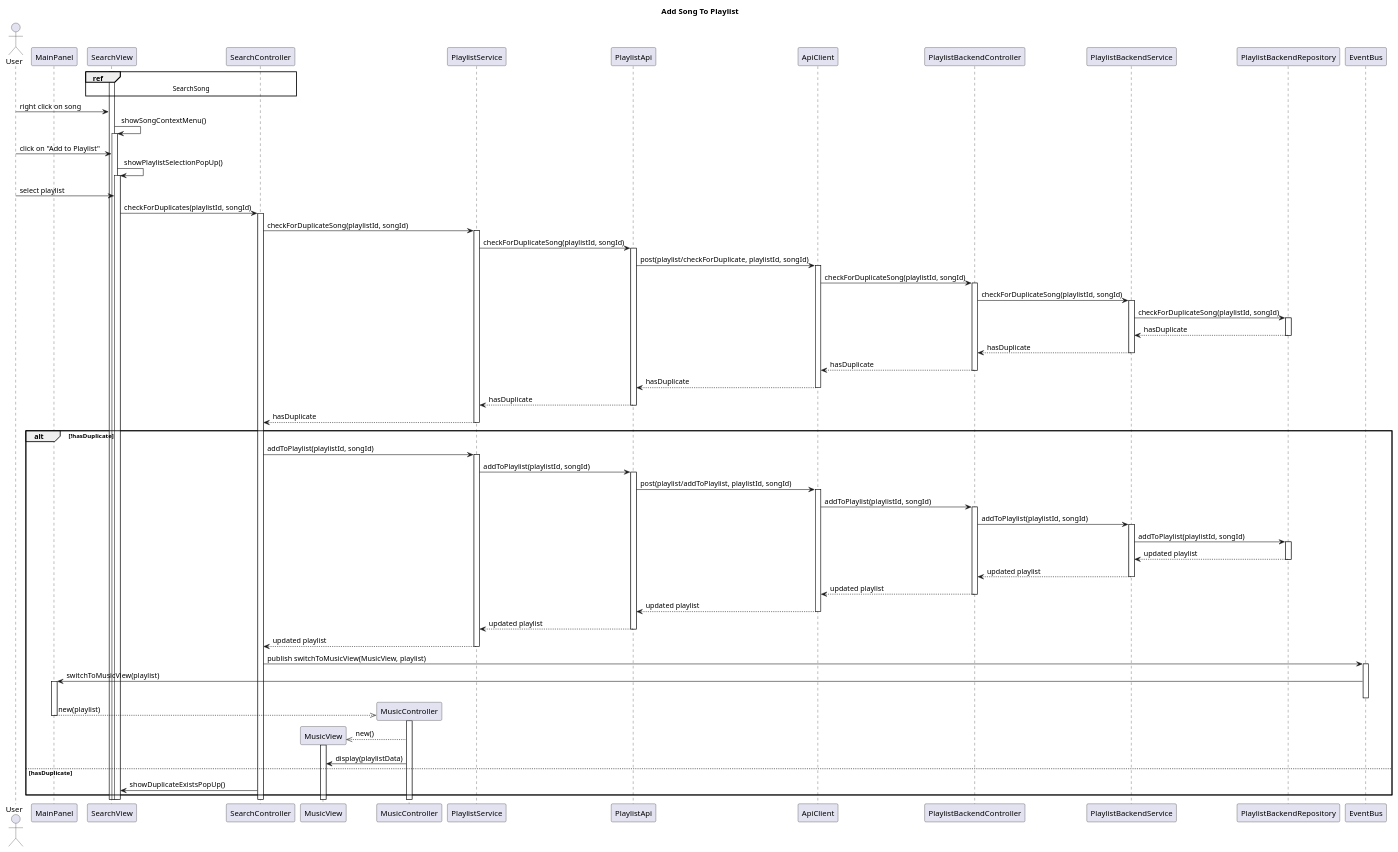
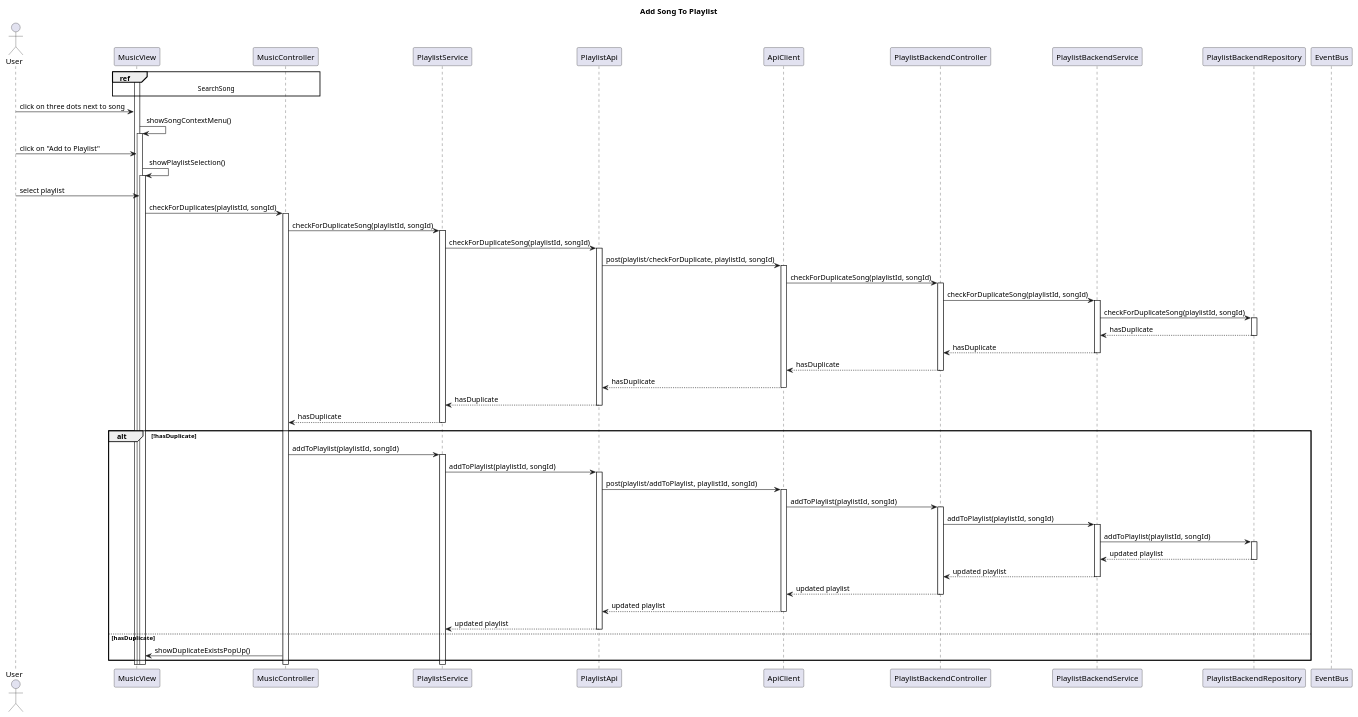
The diagram in Paradoteo_4/SequenceDiagrams-v0.3/AddSongToPlaylist.puml (RubenKingCP/Tunix), drawn with PlantUML before and after one commit. The commit also changed 2 other files, not shown here.

Commit message:
Minor changes to sequence diagrams

```diff
--- a/Paradoteo_4/SequenceDiagrams-v0.3/AddSongToPlaylist.puml
+++ b/Paradoteo_4/SequenceDiagrams-v0.3/AddSongToPlaylist.puml
@@ -1,104 +1,88 @@
 @startuml AddSongToPlaylist
 
 title Add Song To Playlist
 
 actor User
 
-participant MainPanel
-participant SearchView
-participant SearchController
+participant MusicView
+participant MusicController
 participant MusicView
 participant MusicController
 participant PlaylistService
 participant PlaylistApi
 participant ApiClient
 participant PlaylistBackendController
 participant PlaylistBackendService
 participant PlaylistBackendRepository
 
 
 participant EventBus
 
-ref over SearchView, SearchController
+ref over MusicView, MusicController
 SearchSong
 end ref
-activate SearchView
-User -> SearchView : right click on song
-SearchView -> SearchView : showSongContextMenu()
-activate SearchView
-User -> SearchView : click on "Add to Playlist"
-SearchView -> SearchView : showPlaylistSelectionPopUp()
-activate SearchView
-User -> SearchView : select playlist
-SearchView -> SearchController : checkForDuplicates(playlistId, songId)
-activate SearchController
-SearchController -> PlaylistService : checkForDuplicateSong(playlistId, songId)
+activate MusicView
+User -> MusicView : click on three dots next to song
+MusicView -> MusicView : showSongContextMenu()
+activate MusicView
+User -> MusicView : click on "Add to Playlist"
+MusicView -> MusicView : showPlaylistSelection()
+activate MusicView
+User -> MusicView : select playlist
+MusicView -> MusicController : checkForDuplicates(playlistId, songId)
+activate MusicController
+MusicController -> PlaylistService : checkForDuplicateSong(playlistId, songId)
 activate PlaylistService
 PlaylistService -> PlaylistApi : checkForDuplicateSong(playlistId, songId)
 activate PlaylistApi
 PlaylistApi -> ApiClient : post(playlist/checkForDuplicate, playlistId, songId)
 'will need to find an alternative to send both ids with one argument
 activate ApiClient
 ApiClient -> PlaylistBackendController : checkForDuplicateSong(playlistId, songId)
 activate PlaylistBackendController
 PlaylistBackendController -> PlaylistBackendService : checkForDuplicateSong(playlistId, songId)
 activate PlaylistBackendService
 PlaylistBackendService -> PlaylistBackendRepository : checkForDuplicateSong(playlistId, songId)
 activate PlaylistBackendRepository
 PlaylistBackendRepository --> PlaylistBackendService : hasDuplicate
 deactivate PlaylistBackendRepository
 PlaylistBackendService --> PlaylistBackendController : hasDuplicate
 deactivate PlaylistBackendService
 PlaylistBackendController --> ApiClient : hasDuplicate
 deactivate PlaylistBackendController
 ApiClient --> PlaylistApi : hasDuplicate
 deactivate ApiClient
 PlaylistApi --> PlaylistService : hasDuplicate
 deactivate PlaylistApi
-PlaylistService --> SearchController : hasDuplicate
+PlaylistService --> MusicController : hasDuplicate
 deactivate PlaylistService
 alt !hasDuplicate
-SearchController -> PlaylistService : addToPlaylist(playlistId, songId)
+MusicController -> PlaylistService : addToPlaylist(playlistId, songId)
 activate PlaylistService
 PlaylistService -> PlaylistApi : addToPlaylist(playlistId, songId)
 activate PlaylistApi
 PlaylistApi -> ApiClient : post(playlist/addToPlaylist, playlistId, songId)
 'will need to find an alternative to send both ids with one argument
 activate ApiClient
 ApiClient -> PlaylistBackendController : addToPlaylist(playlistId, songId)
 activate PlaylistBackendController
 PlaylistBackendController -> PlaylistBackendService : addToPlaylist(playlistId, songId)
 activate PlaylistBackendService
 PlaylistBackendService -> PlaylistBackendRepository : addToPlaylist(playlistId, songId)
 activate PlaylistBackendRepository
 PlaylistBackendRepository --> PlaylistBackendService : updated playlist
 deactivate PlaylistBackendRepository
 PlaylistBackendService --> PlaylistBackendController : updated playlist
 deactivate PlaylistBackendService
 PlaylistBackendController --> ApiClient : updated playlist
 deactivate PlaylistBackendController
 ApiClient --> PlaylistApi : updated playlist
 deactivate ApiClient
 PlaylistApi --> PlaylistService : updated playlist
 deactivate PlaylistApi
-PlaylistService --> SearchController : updated playlist
-deactivate PlaylistService
-SearchController -> EventBus : publish switchToMusicView(MusicView, playlist)
-activate EventBus
-EventBus -> MainPanel : switchToMusicView(playlist)
-activate MainPanel
-deactivate EventBus
-create MusicController
-MainPanel -->> MusicController : new(playlist)
-activate MusicController
-deactivate MainPanel
-create MusicView
-MusicController -->> MusicView : new()
-activate MusicView
-MusicController -> MusicView : display(playlistData)
 
 else hasDuplicate
-SearchController -> SearchView : showDuplicateExistsPopUp()
+MusicController -> MusicView : showDuplicateExistsPopUp()
 end
 
 @enduml
```
